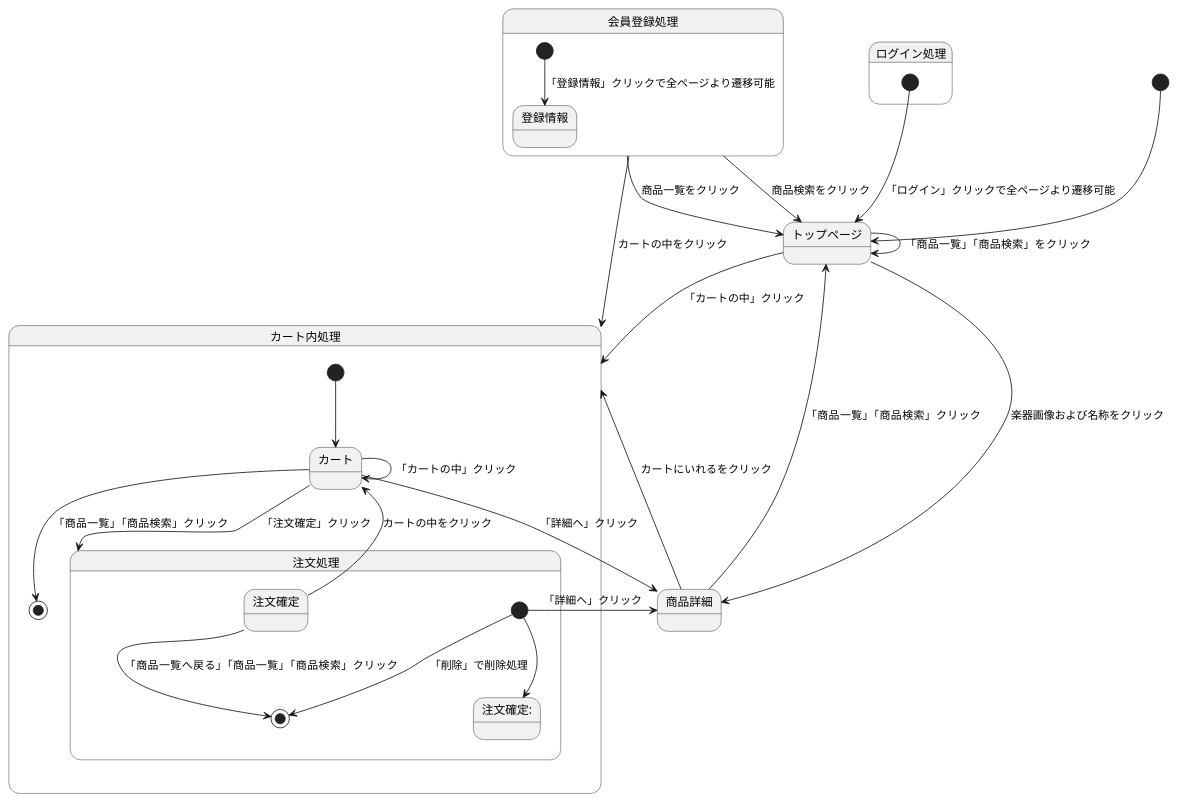
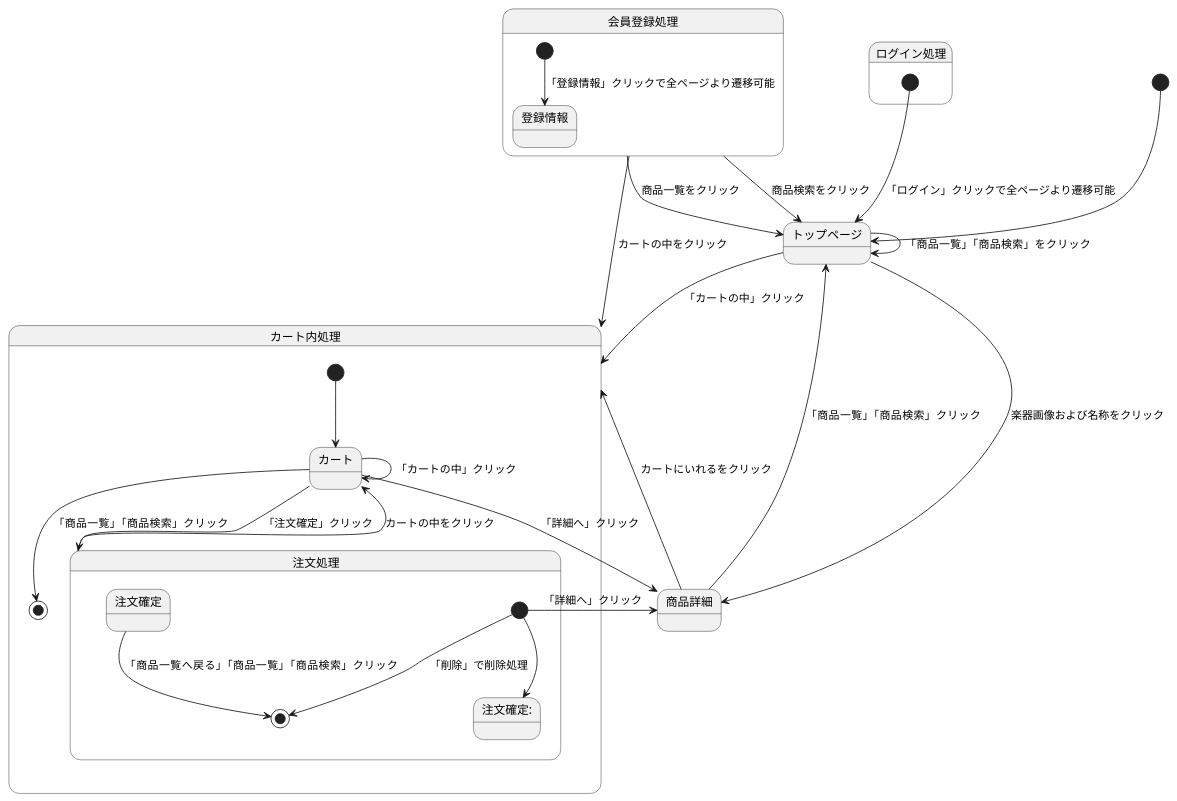
The third of 3 diagrams in stm01.md (Aso2001374/2021sys-design), drawn with PlantUML before and after one commit.

````diff
--- a/stm01.md
+++ b/stm01.md
@@ -55,43 +55,43 @@
 ```uml
 @startuml
 [*] --> トップページ
 
 トップページ--> トップページ : 「商品一覧」「商品検索」をクリック
 トップページ--> カート内処理 : 「カートの中」クリック
 トップページ--> 商品詳細 : 楽器画像および名称をクリック
 
 商品詳細--> トップページ : 「商品一覧」「商品検索」クリック
 商品詳細--> カート内処理 : カートにいれるをクリック
 
 会員登録処理 --> トップページ : 商品一覧をクリック
 会員登録処理 --> トップページ : 商品検索をクリック
 会員登録処理 --> カート内処理 : カートの中をクリック
 
 state ログイン処理{
 [*] --> トップページ : 「ログイン」クリックで全ページより遷移可能
 }
 
 state 会員登録処理{
 [*] --> 登録情報 : 「登録情報」クリックで全ページより遷移可能
 }
 
 
 state カート内処理{
 [*] --> カート
 カート --> 注文処理 :「注文確定」クリック
 カート--> カート :「カートの中」クリック
 カート --> 商品詳細 : 「詳細へ」クリック
 カート--> [*]: 「商品一覧」「商品検索」クリック
 
 state 注文処理{
 [*]--> 注文確定: 
 [*]--> 商品詳細 : 「詳細へ」クリック
 [*]--> [*]: 「削除」で削除処理
 注文確定--> [*]: 「商品一覧へ戻る」「商品一覧」「商品検索」クリック
 }
 
-注文確定 --> カート : カートの中をクリック
+注文処理 --> カート : カートの中をクリック
 }
 
 @enduml
 ```
````
